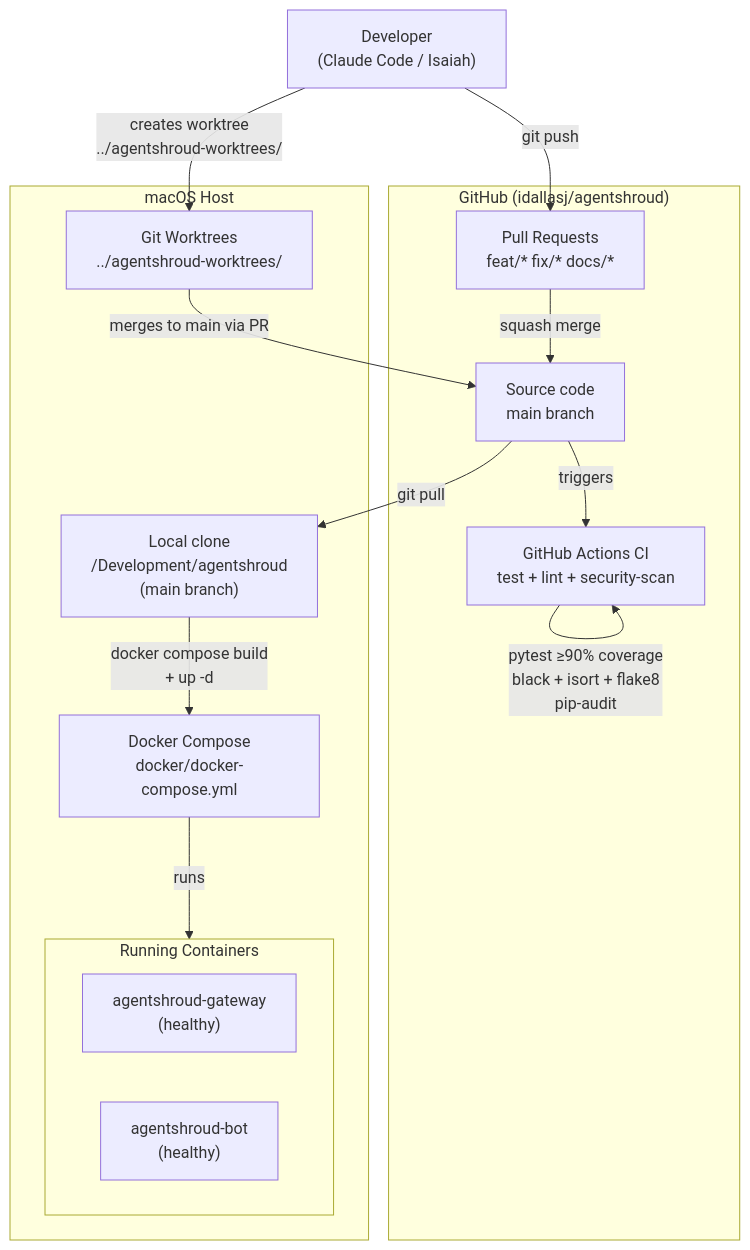
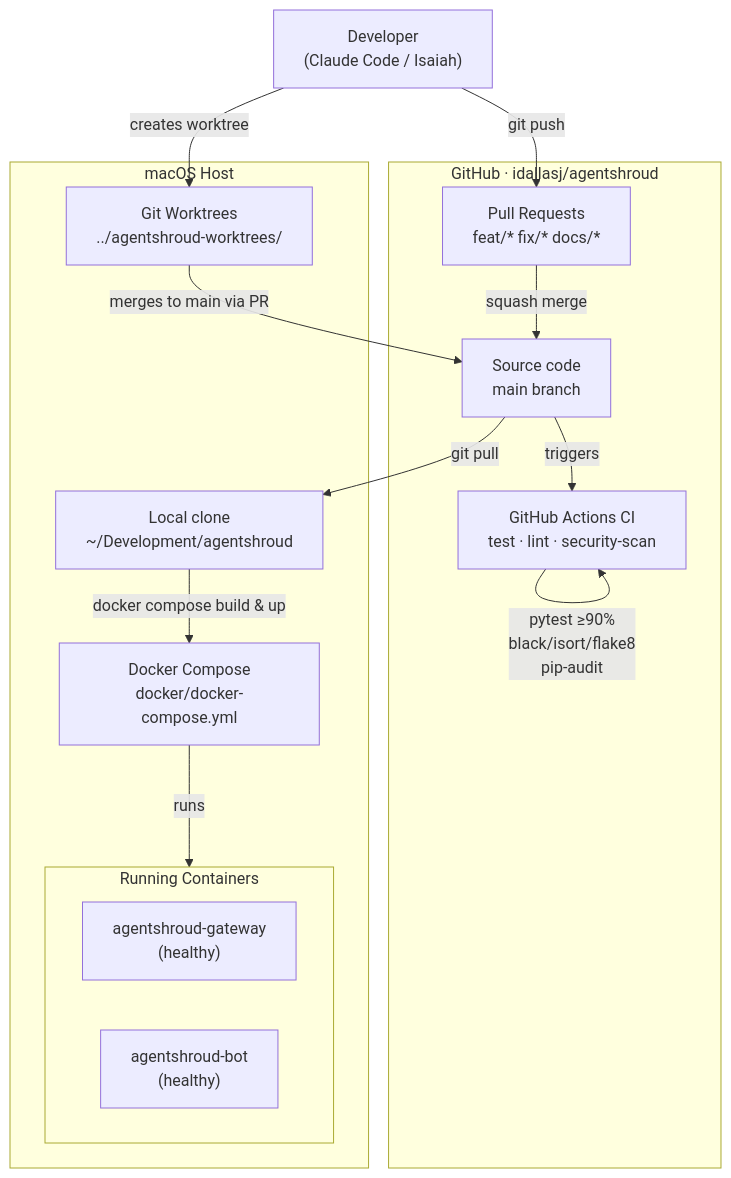
One commit to idallasjlabs/agentshroud changed the third of 3 diagrams in docs/diagrams/02-infrastructure.md. Above: the diagram before and after it, drawn with Mermaid. The commit also changed other lines of this file and 52 other files, not shown here.

First line of the commit message:
docs: polish all 23 diagram sources + re-render with enterprise theme (#45)

````diff
--- a/docs/diagrams/02-infrastructure.md
+++ b/docs/diagrams/02-infrastructure.md
@@ -105,31 +104,31 @@
 ```mermaid
 graph TB
-    subgraph GitHub["GitHub (idallasj/agentshroud)"]
+    subgraph GitHub["GitHub  ·  idallasj/agentshroud"]
         REPO["Source code\nmain branch"]
-        CI["GitHub Actions CI\ntest + lint + security-scan"]
+        CI["GitHub Actions CI\ntest · lint · security-scan"]
         PR["Pull Requests\nfeat/* fix/* docs/*"]
     end
 
     subgraph MacOS["macOS Host"]
-        CLONE["Local clone\n/Development/agentshroud\n(main branch)"]
+        CLONE["Local clone\n~/Development/agentshroud"]
         WORKTREES["Git Worktrees\n../agentshroud-worktrees/<branch>"]
         DC["Docker Compose\ndocker/docker-compose.yml"]
 
         subgraph Running["Running Containers"]
             GW_C["agentshroud-gateway\n(healthy)"]
             BOT_C["agentshroud-bot\n(healthy)"]
         end
     end
 
     DEV["Developer\n(Claude Code / Isaiah)"] -->|"git push"| PR
     PR -->|"squash merge"| REPO
     REPO -->|"triggers"| CI
-    CI -->|"pytest ≥90% coverage\nblack + isort + flake8\npip-audit"| CI
+    CI -->|"pytest ≥90%\nblack/isort/flake8\npip-audit"| CI
 
     REPO -->|"git pull"| CLONE
-    CLONE -->|"docker compose build\n+ up -d"| DC
+    CLONE -->|"docker compose build & up"| DC
     DC -->|"runs"| Running
 
-    DEV -->|"creates worktree\n../agentshroud-worktrees/<branch>"| WORKTREES
+    DEV -->|"creates worktree"| WORKTREES
     WORKTREES -->|"merges to main via PR"| REPO
 ```
````
